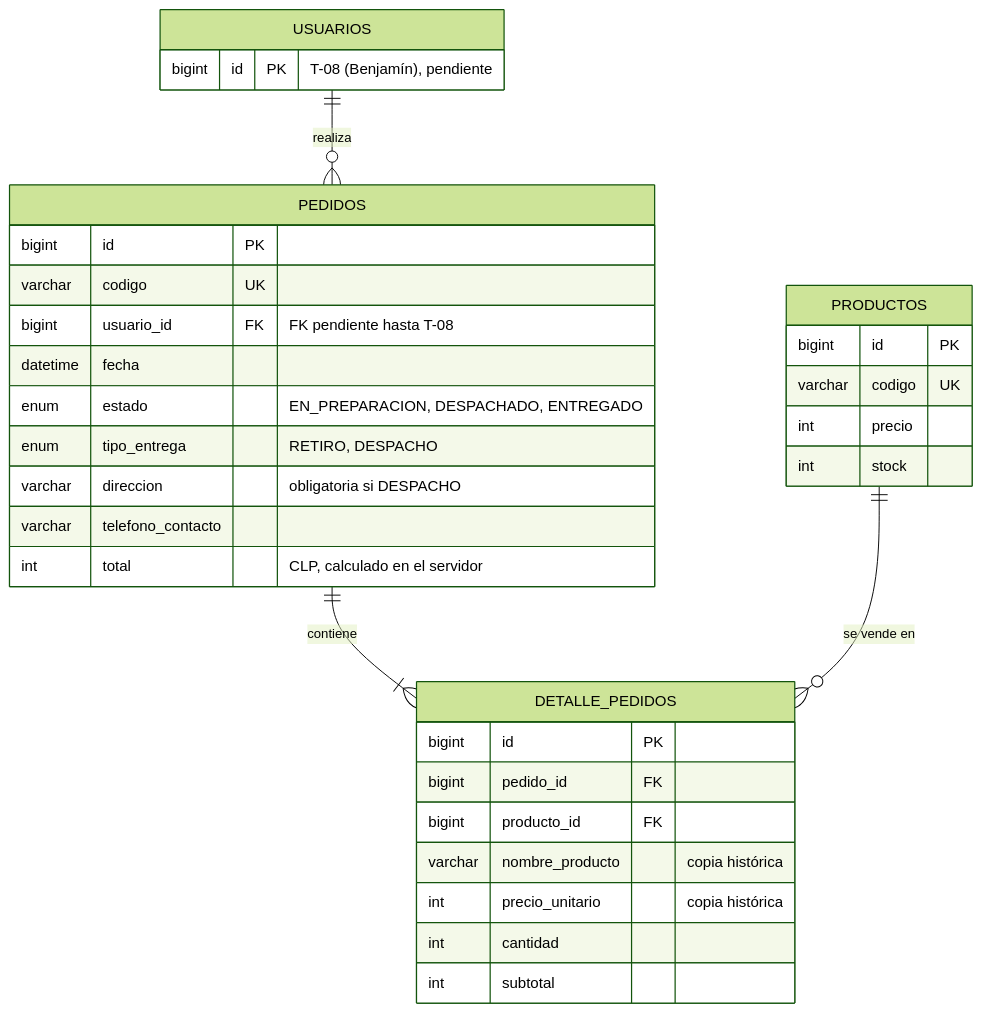
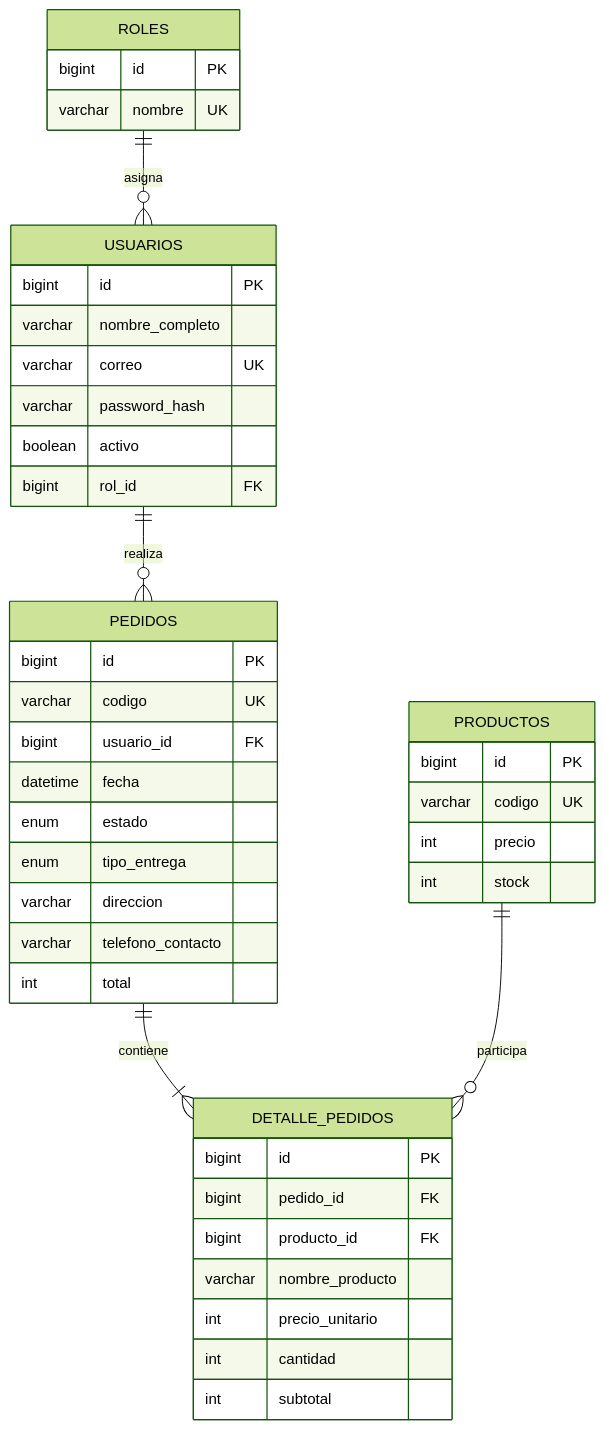
One commit to Alonso-Alvarez7/Tienda-Sonido-Vivo changed the diagram in EVA 3/Proyecto - Tienda Sonido Vivo/documentacion/02_pedidos_er.md. Above: the diagram before and after it, drawn with Mermaid (forest theme). The commit also changed other lines of this file, not shown here.

Commit message:
02_pedidos_er.md
Actualiza diagrama ER con usuarios y roles

````diff
--- a/EVA 3/Proyecto - Tienda Sonido Vivo/documentacion/02_pedidos_er.md
+++ b/EVA 3/Proyecto - Tienda Sonido Vivo/documentacion/02_pedidos_er.md
@@ -3,36 +3,50 @@
 ```mermaid
 erDiagram
+    ROLES ||--o{ USUARIOS : asigna
     USUARIOS ||--o{ PEDIDOS : realiza
     PEDIDOS ||--|{ DETALLE_PEDIDOS : contiene
-    PRODUCTOS ||--o{ DETALLE_PEDIDOS : "se vende en"
+    PRODUCTOS ||--o{ DETALLE_PEDIDOS : participa
+
+    ROLES {
+        bigint id PK
+        varchar nombre UK
+    }
 
     USUARIOS {
-        bigint id PK "T-08 (Benjamín), pendiente"
+        bigint id PK
+        varchar nombre_completo
+        varchar correo UK
+        varchar password_hash
+        boolean activo
+        bigint rol_id FK
     }
+
     PEDIDOS {
         bigint id PK
         varchar codigo UK
-        bigint usuario_id FK "FK pendiente hasta T-08"
+        bigint usuario_id FK
         datetime fecha
-        enum estado "EN_PREPARACION, DESPACHADO, ENTREGADO"
-        enum tipo_entrega "RETIRO, DESPACHO"
-        varchar direccion "obligatoria si DESPACHO"
+        enum estado
+        enum tipo_entrega
+        varchar direccion
         varchar telefono_contacto
-        int total "CLP, calculado en el servidor"
+        int total
     }
+
     DETALLE_PEDIDOS {
         bigint id PK
         bigint pedido_id FK
         bigint producto_id FK
-        varchar nombre_producto "copia histórica"
-        int precio_unitario "copia histórica"
+        varchar nombre_producto
+        int precio_unitario
         int cantidad
         int subtotal
     }
+
     PRODUCTOS {
         bigint id PK
         varchar codigo UK
         int precio
         int stock
     }
 ```
````
